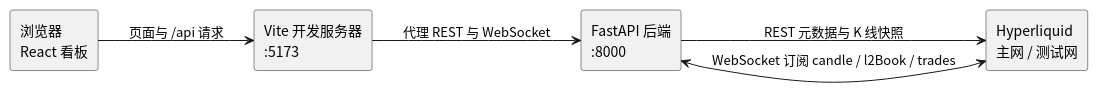
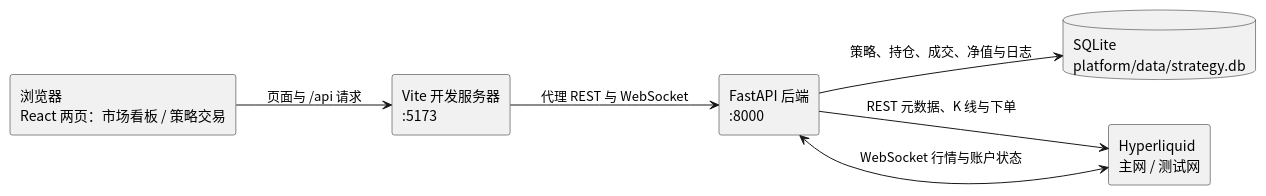
Before and after one commit to NullWinters/CryptoGrid: the diagram in platform/readme.md, drawn with PlantUML. The commit also changed other lines of this file and 27 other files, not shown here.

````diff
--- a/platform/readme.md
+++ b/platform/readme.md
@@ -15,17 +25,19 @@
 ```plantuml
 @startuml
 skinparam defaultFontName "Noto Sans CJK SC"
 skinparam shadowing false
 left to right direction
 
-rectangle "浏览器\nReact 看板" as FE
+rectangle "浏览器\nReact 两页：市场看板 / 策略交易" as FE
 rectangle "Vite 开发服务器\n:5173" as VITE
 rectangle "FastAPI 后端\n:8000" as BE
+database "SQLite\nplatform/data/strategy.db" as DB
 rectangle "Hyperliquid\n主网 / 测试网" as HL
 
 FE --> VITE : 页面与 /api 请求
 VITE --> BE : 代理 REST 与 WebSocket
-BE --> HL : REST 元数据与 K 线快照
-BE <--> HL : WebSocket 订阅 candle / l2Book / trades
+BE --> DB : 策略、持仓、成交、净值与日志
+BE --> HL : REST 元数据、K 线与下单
+BE <--> HL : WebSocket 行情与账户状态
 @enduml
 ```
````
